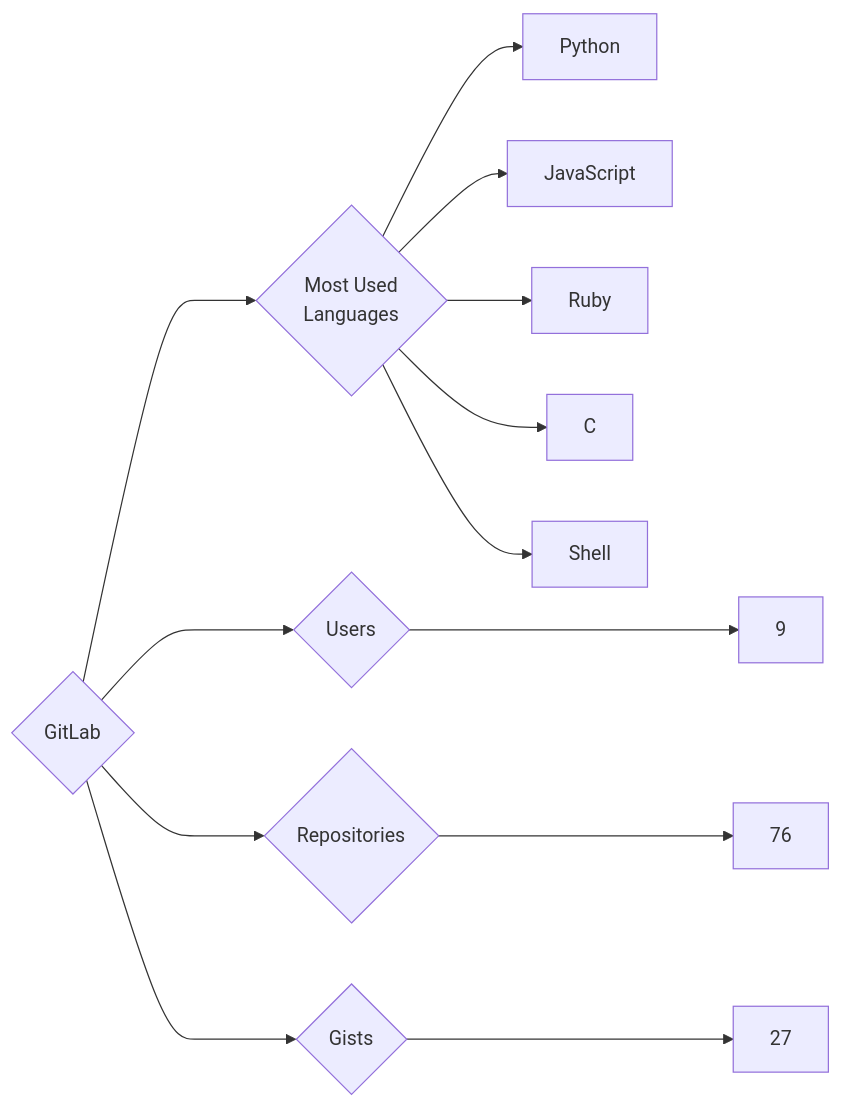
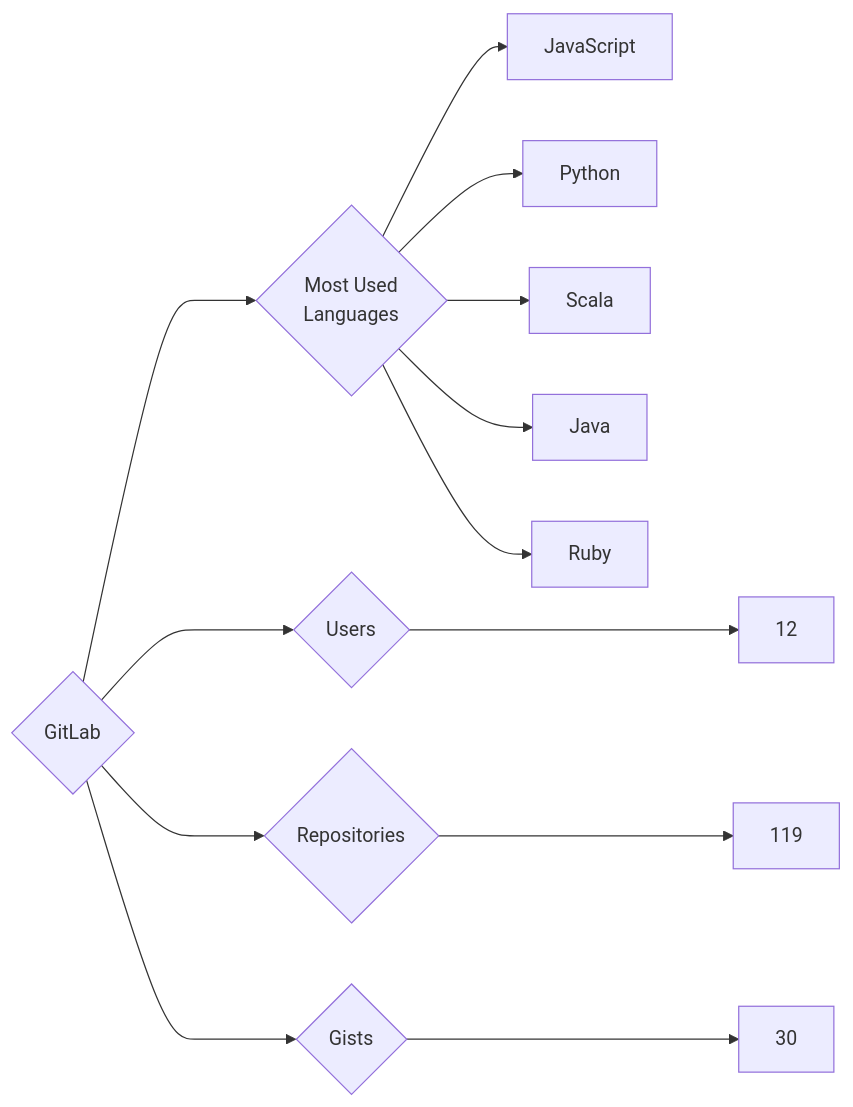
The diagram in targets/GitLab/README.md (trickest/insiders), drawn with Mermaid before and after one commit. The commit also changed 622 other files, not shown here.

````diff
--- a/targets/GitLab/README.md
+++ b/targets/GitLab/README.md
@@ -3,13 +3,13 @@
 ```mermaid
 graph LR
 COMPANY_NAME{GitLab}
-COMPANY_NAME ---> U{Users} ---> UN[9]
-COMPANY_NAME ---> R{Repositories} ---> RN[76]
-COMPANY_NAME ---> G{Gists} ---> GN[27]
+COMPANY_NAME ---> U{Users} ---> UN[12]
+COMPANY_NAME ---> R{Repositories} ---> RN[119]
+COMPANY_NAME ---> G{Gists} ---> GN[30]
 COMPANY_NAME ---> ML{Most Used<br>Languages}
+ML --> JavaScript[JavaScript]
 ML --> Python[Python]
-ML --> JavaScript[JavaScript]
+ML --> Scala[Scala]
+ML --> Java[Java]
 ML --> Ruby[Ruby]
-ML --> C[C]
-ML --> Shell[Shell]
 ```
````
